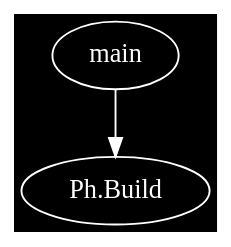
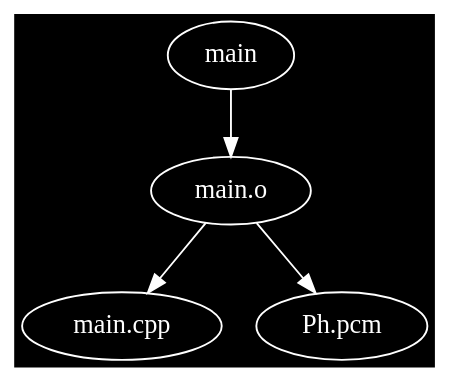
The third of 10 diagrams in README.md (phiwen96/ph), drawn with Graphviz before and after one commit. The commit also changed other lines of this file and 7 other files, not shown here.

````diff
--- a/README.md
+++ b/README.md
@@ -32,11 +129,19 @@
 ```graphviz
-digraph G 
+digraph file_dependencies 
 {
 	graph [bgcolor=black]
 	node [fillcolor=black style=filled color=white fontcolor=white]
 	edge [color=white fontcolor=white]
 
-	main -> "Ph.Build"
+	"main" -> "main.o"
+
+	"main.o" -> "main.cpp"
+	"main.o" -> "Ph.pcm"
+	
+	
+	
 }
 
+
+
 ```
````
